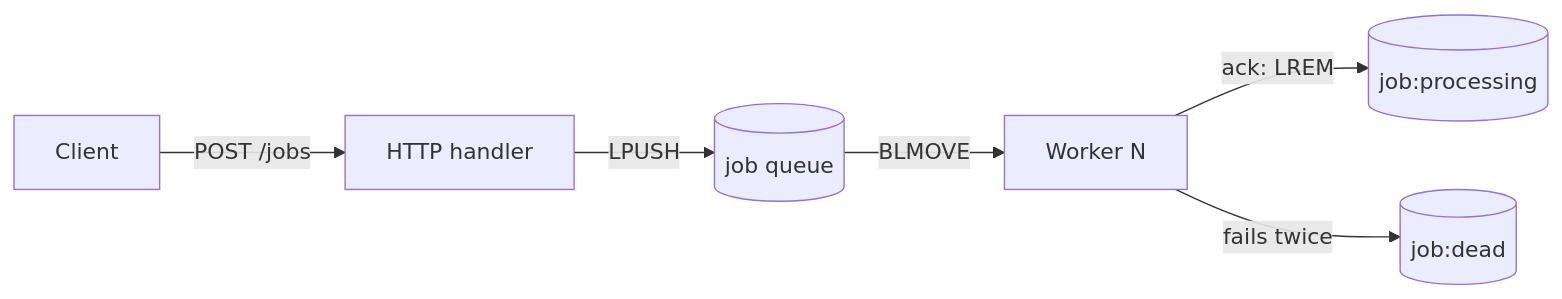
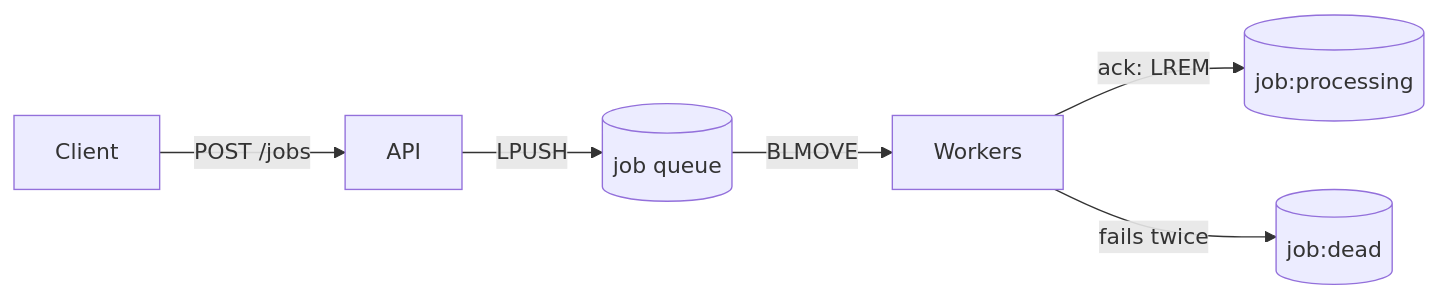
Before and after one commit to aashutosh-yadav/job-queue: the diagram in README.md, drawn with Mermaid. The commit also changed other lines of this file and 6 other files, not shown here.

Commit message:
rename to job-queue and split into api/worker

````diff
--- a/README.md
+++ b/README.md
@@ -7,8 +7,8 @@
 ```mermaid
 flowchart LR
-    C[Client] -->|POST /jobs| H[HTTP handler]
-    H -->|LPUSH| Q[(job queue)]
-    Q -->|BLMOVE| W[Worker N]
+    C[Client] -->|POST /jobs| A[API]
+    A -->|LPUSH| Q[(job queue)]
+    Q -->|BLMOVE| W[Workers]
     W -->|ack: LREM| P[(job:processing)]
     W -->|fails twice| D[(job:dead)]
 ```
````
